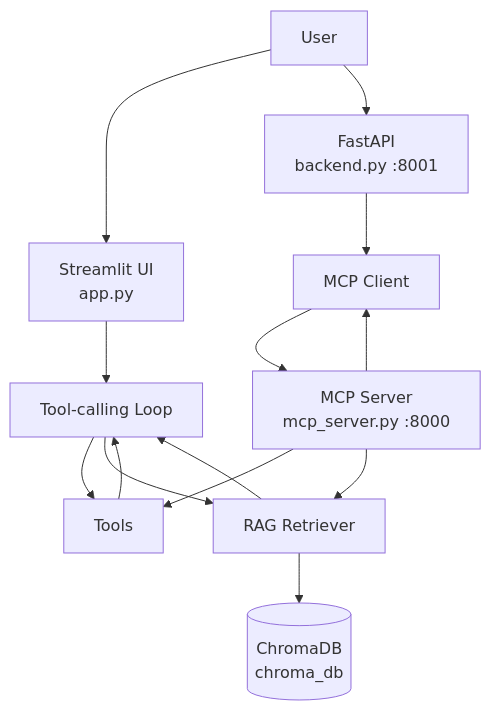
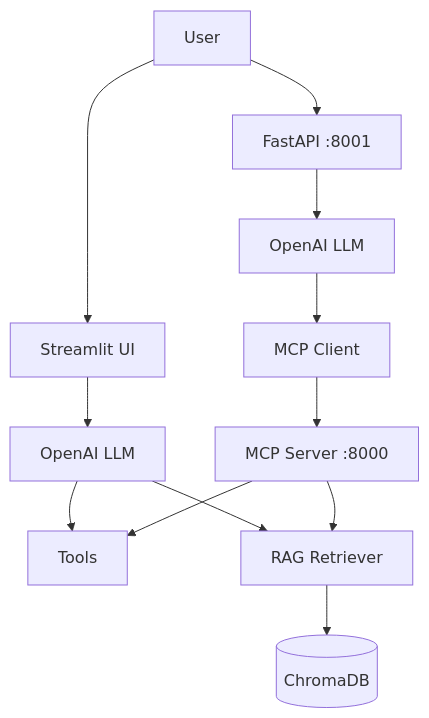
One commit to yash9614/project_streak_ changed the diagram in README.md. Above: the diagram before and after it, drawn with Mermaid. The commit also changed other lines of this file, not shown here.

Commit message:
Rewrite README: problem statement, design tradeoffs, cleaner diagrams

````diff
--- a/README.md
+++ b/README.md
@@ -21,20 +23,18 @@
 ```mermaid
 flowchart TB
-    User[User] --> Streamlit[Streamlit UI<br/>app.py]
-    User --> FastAPI[FastAPI<br/>backend.py :8001]
+    User[User] --> Streamlit[Streamlit UI]
+    User --> FastAPI[FastAPI :8001]
     
-    Streamlit --> AgentLoop[Tool-calling Loop]
-    FastAPI --> MCPClient[MCP Client]
+    Streamlit --> LLM1[OpenAI LLM]
+    FastAPI --> LLM2[OpenAI LLM]
     
-    AgentLoop --> Tools[Tools]
-    AgentLoop --> RAG[RAG Retriever]
+    LLM1 --> Tools[Tools]
+    LLM1 --> RAG[RAG Retriever]
     
-    MCPClient --> MCPServer[MCP Server<br/>mcp_server.py :8000]
+    LLM2 --> MCPClient[MCP Client]
+    MCPClient --> MCPServer[MCP Server :8000]
     MCPServer --> Tools
     MCPServer --> RAG
     
-    RAG --> Chroma[(ChromaDB<br/>chroma_db)]
-    Tools --> AgentLoop
-    RAG --> AgentLoop
-    MCPServer --> MCPClient
+    RAG --> Chroma[(ChromaDB)]
 ```
````
